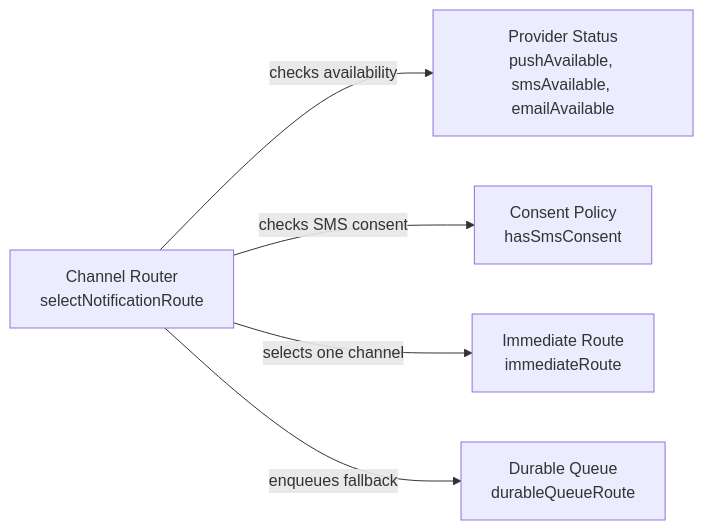
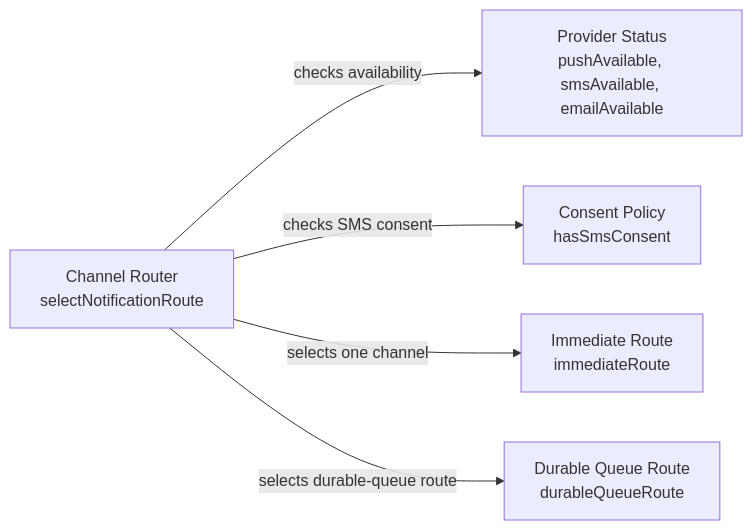
The diagram in 07 Docs & Diagrams/exercise-02-generate-design-document-from-code/diagrams/notification-dependencies.mmd (codewalnut-labs/agentic-engineering-full-exercises-set), drawn with Mermaid before and after one commit.

Commit message:
fix(7.2): stop describing durable-queue route selection as enqueueing
durableQueueRoute() only returns { channel: "queue", durable: true };
it performs no enqueue or persistence. Relabel the edge and target so
the dependency diagram matches the source and the design document's
own claim that this module does not persist queue records.

```diff
--- a/07 Docs & Diagrams/exercise-02-generate-design-document-from-code/diagrams/notification-dependencies.mmd
+++ b/07 Docs & Diagrams/exercise-02-generate-design-document-from-code/diagrams/notification-dependencies.mmd
@@ -1,11 +1,11 @@
 flowchart LR
   ChannelRouter["Channel Router<br/>selectNotificationRoute"]
   ProviderStatus["Provider Status<br/>pushAvailable, smsAvailable, emailAvailable"]
   ConsentPolicy["Consent Policy<br/>hasSmsConsent"]
   ImmediateRoute["Immediate Route<br/>immediateRoute"]
-  DurableQueue["Durable Queue<br/>durableQueueRoute"]
+  DurableQueue["Durable Queue Route<br/>durableQueueRoute"]
 
   ChannelRouter -->|checks availability| ProviderStatus
   ChannelRouter -->|checks SMS consent| ConsentPolicy
   ChannelRouter -->|selects one channel| ImmediateRoute
-  ChannelRouter -->|enqueues fallback| DurableQueue
+  ChannelRouter -->|selects durable-queue route| DurableQueue
```
